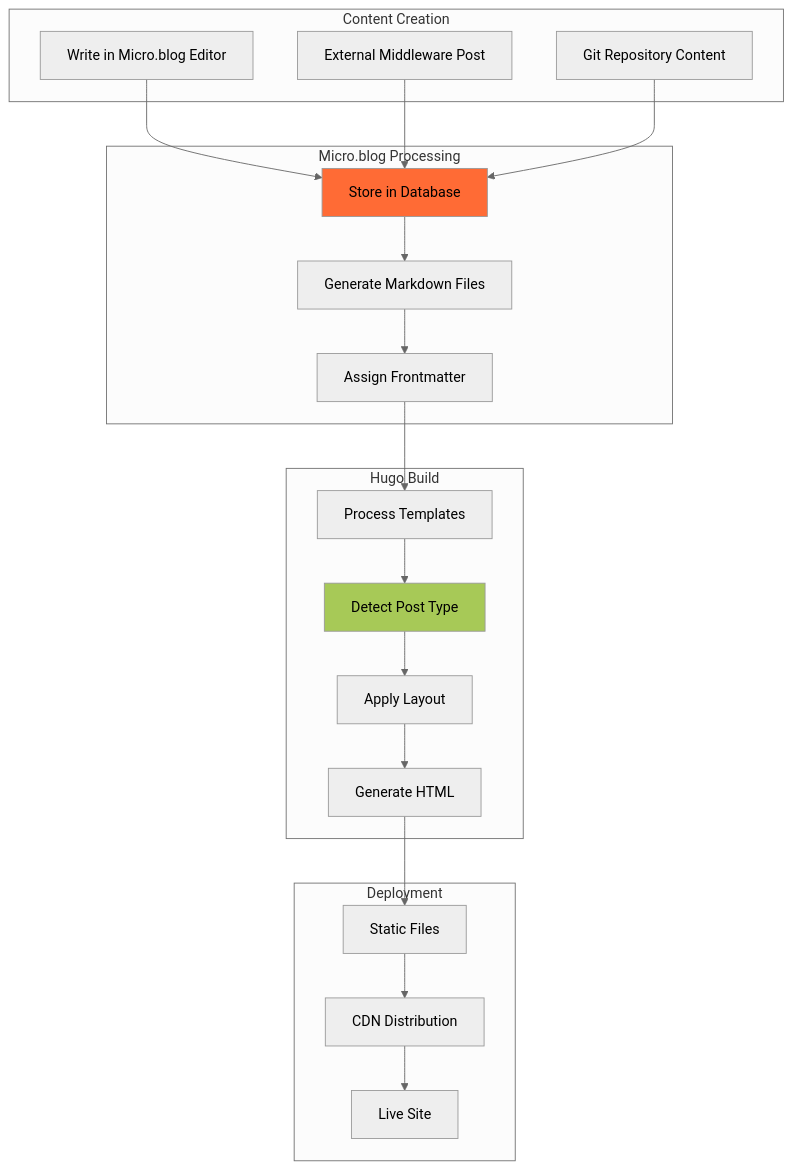
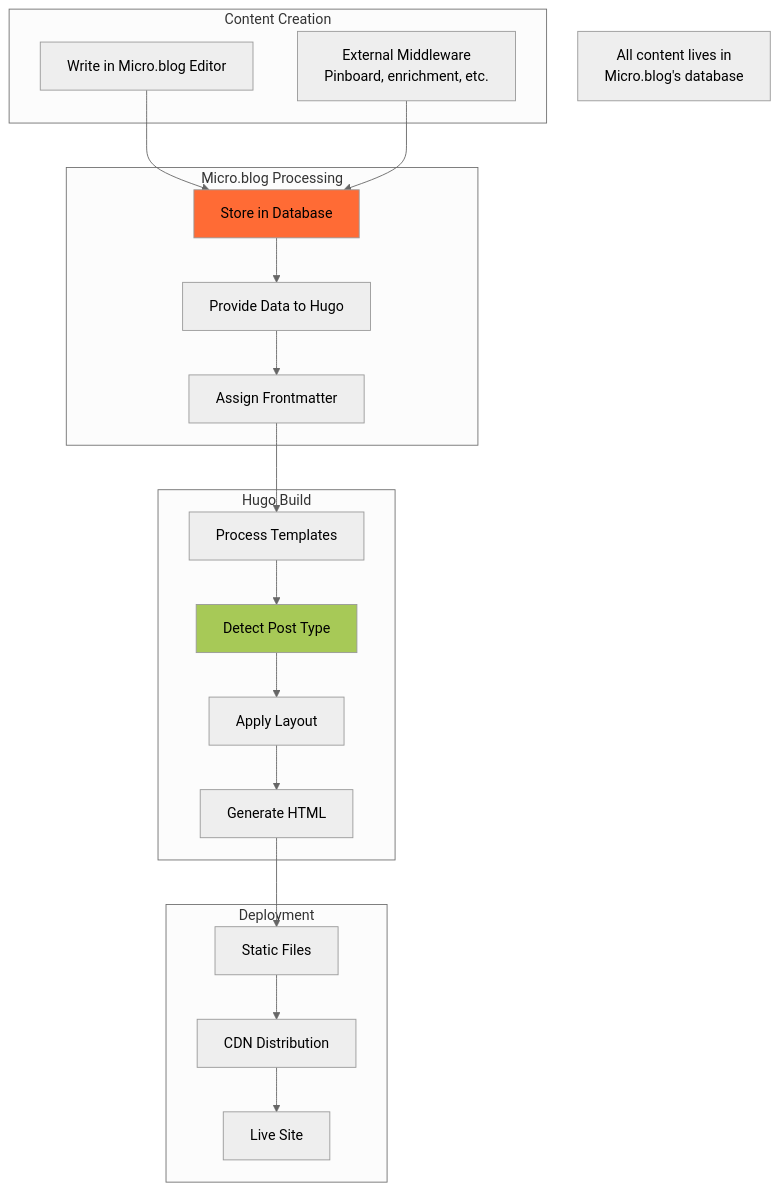
One commit to rocksoup/mbtheme changed the tenth of 32 diagrams in SYSTEM_DOCUMENTATION.md. Above: the diagram before and after it, drawn with Mermaid (neutral theme).

Commit message:
Remove incorrect Git repository content option from workflow
- Git-based content is not part of this workflow
- Content only comes from Micro.blog editor or middleware
- All content lives in Micro.blog's database
- Theme repository does not contain content

````diff
--- a/SYSTEM_DOCUMENTATION.md
+++ b/SYSTEM_DOCUMENTATION.md
@@ -613,43 +613,43 @@
 ```mermaid
 graph TB
     subgraph "Content Creation"
         A1[Write in Micro.blog Editor]
-        A2[External Middleware Post]
-        A3[Git Repository Content]
+        A2[External Middleware<br/>Pinboard, enrichment, etc.]
     end
 
     subgraph "Micro.blog Processing"
         B1[Store in Database]
-        B2[Generate Markdown Files]
+        B2[Provide Data to Hugo]
         B3[Assign Frontmatter]
     end
 
     subgraph "Hugo Build"
         C1[Process Templates]
         C2[Detect Post Type]
         C3[Apply Layout]
         C4[Generate HTML]
     end
 
     subgraph "Deployment"
         D1[Static Files]
         D2[CDN Distribution]
         D3[Live Site]
     end
 
     A1 --> B1
     A2 --> B1
-    A3 --> B1
     B1 --> B2
     B2 --> B3
     B3 --> C1
     C1 --> C2
     C2 --> C3
     C3 --> C4
     C4 --> D1
     D1 --> D2
     D2 --> D3
 
     style C2 fill:#A7C957
     style B1 fill:#FF6B35
+
+    Note1[All content lives in<br/>Micro.blog's database]
 ```
````
